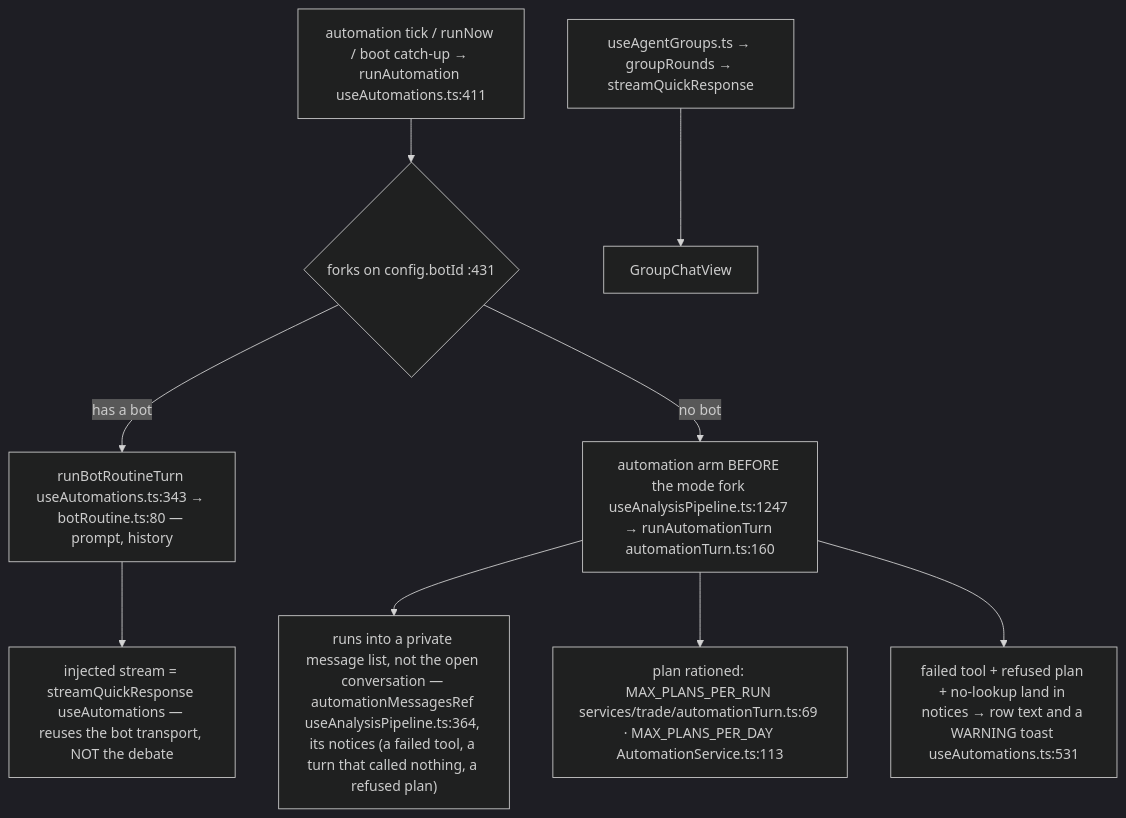
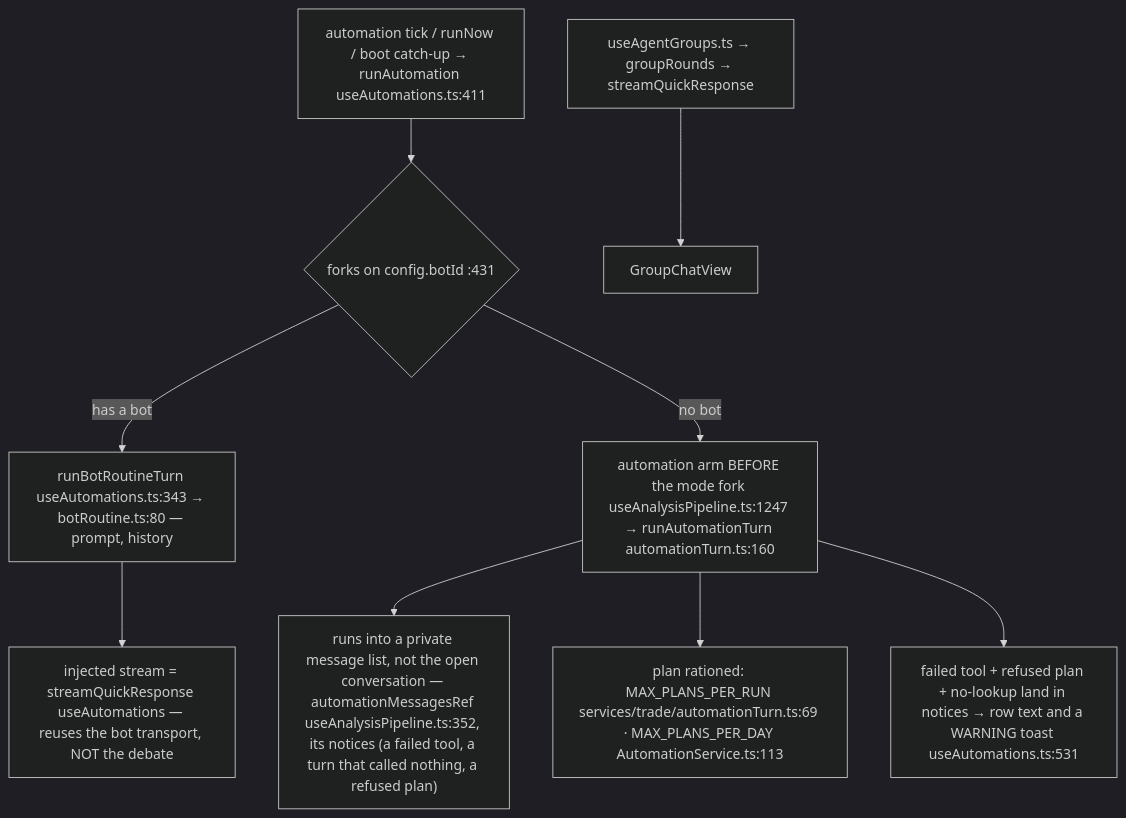
One commit to Acepay25/august-3.5 changed the fifth of 7 diagrams in docs/app-flow.md. Above: the diagram before and after it, drawn with Mermaid (dark theme). The commit also changed other lines of this file and 2 other files, not shown here.

````diff
--- a/docs/app-flow.md
+++ b/docs/app-flow.md
@@ -284,11 +284,11 @@
 ```mermaid
 flowchart TD
     TK["automation tick / runNow / boot catch-up → runAutomation useAutomations.ts:411"] --> D{"forks on config.botId :431"}
     D -->|has a bot| BR["runBotRoutineTurn useAutomations.ts:343 → botRoutine.ts:80 — prompt, history"]
     BR --> ST["injected stream = streamQuickResponse useAutomations — reuses the bot transport, NOT the debate"]
     D -->|no bot| AT["automation arm BEFORE the mode fork useAnalysisPipeline.ts:1247 → runAutomationTurn automationTurn.ts:160"]
-    AT --> PRIV["runs into a private message list, not the open conversation — automationMessagesRef useAnalysisPipeline.ts:364, its notices (a failed tool, a turn that called nothing, a refused plan)"]
+    AT --> PRIV["runs into a private message list, not the open conversation — automationMessagesRef useAnalysisPipeline.ts:352, its notices (a failed tool, a turn that called nothing, a refused plan)"]
     AT --> CAP["plan rationed: MAX_PLANS_PER_RUN services/trade/automationTurn.ts:69 · MAX_PLANS_PER_DAY AutomationService.ts:113"]
     AT --> FAIL["failed tool + refused plan + no-lookup land in notices → row text and a WARNING toast useAutomations.ts:531"]
     GR["useAgentGroups.ts → groupRounds → streamQuickResponse"] --> GV["GroupChatView"]
 ```
````
